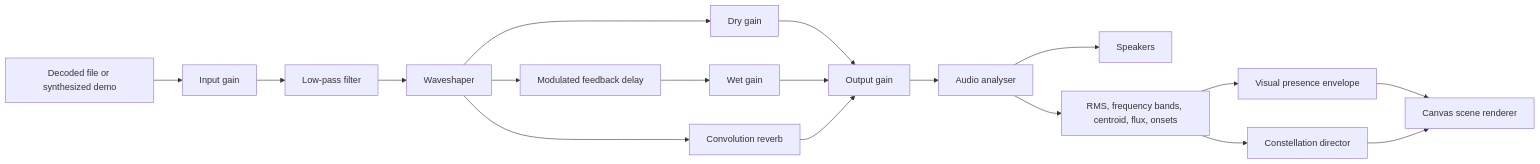
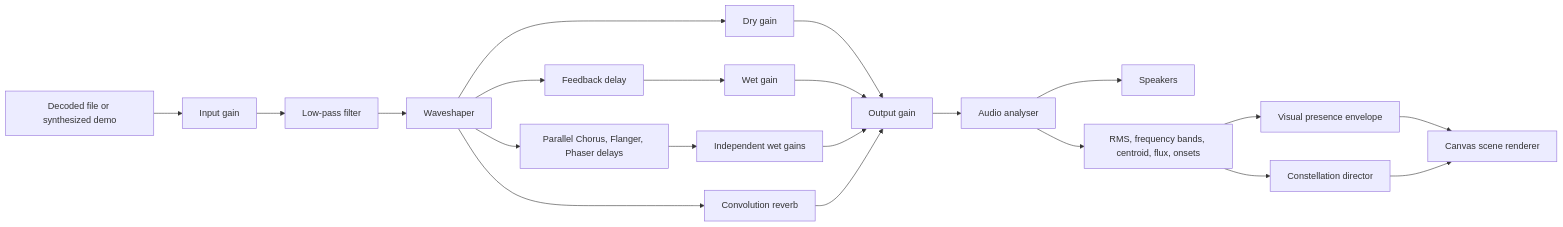
One commit to sossisuka/audio-visualizer changed the diagram in README.md. Above: the diagram before and after it, drawn with Mermaid. The commit also changed other lines of this file and 20 other files, not shown here.

````diff
--- a/README.md
+++ b/README.md
@@ -238,20 +271,23 @@
 ```mermaid
 flowchart LR
     Source[Decoded file or synthesized demo] --> Input[Input gain]
     Input --> Filter[Low-pass filter]
     Filter --> Drive[Waveshaper]
     Drive --> Dry[Dry gain]
-    Drive --> Delay[Modulated feedback delay]
+    Drive --> Delay[Feedback delay]
+    Drive --> Modulation[Parallel Chorus, Flanger, Phaser delays]
     Drive --> Reverb[Convolution reverb]
     Dry --> Output[Output gain]
     Delay --> Wet[Wet gain]
     Wet --> Output
+    Modulation --> ModWet[Independent wet gains]
+    ModWet --> Output
     Reverb --> Output
     Output --> Analyser[Audio analyser]
     Analyser --> Speakers[Speakers]
     Analyser --> Features[RMS, frequency bands, centroid, flux, onsets]
     Features --> Presence[Visual presence envelope]
     Features --> Director[Constellation director]
     Presence --> Canvas[Canvas scene renderer]
     Director --> Canvas
 ```
````
